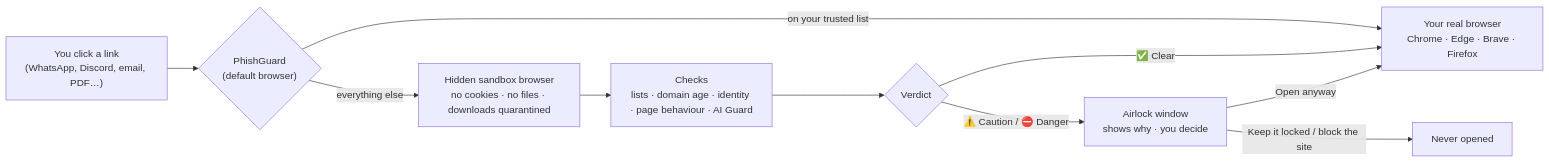
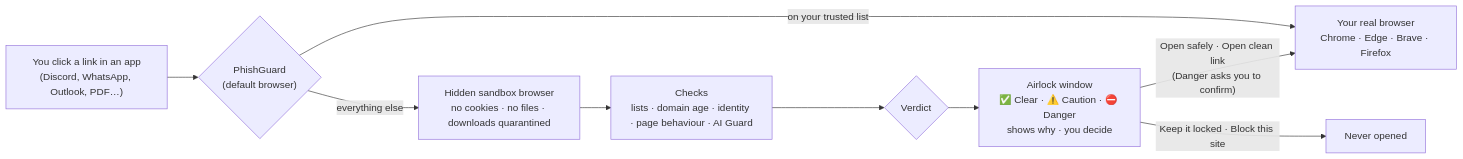
Before and after one commit to nikylogic/PhishGuard: the first of 4 diagrams in README.md, drawn with Mermaid. The commit also changed other lines of this file and 16 other files, not shown here.

````diff
--- a/README.md
+++ b/README.md
@@ -39,12 +39,11 @@
 ```mermaid
 flowchart LR
-    A["You click a link<br/>(WhatsApp, Discord, email, PDF…)"] --> B{"PhishGuard<br/>(default browser)"}
+    A["You click a link in an app<br/>(Discord, WhatsApp, Outlook, PDF…)"] --> B{"PhishGuard<br/>(default browser)"}
     B -->|"on your trusted list"| R["Your real browser<br/>Chrome · Edge · Brave · Firefox"]
     B -->|"everything else"| S["Hidden sandbox browser<br/>no cookies · no files · downloads quarantined"]
     S --> J["Checks<br/>lists · domain age · identity · page behaviour · AI Guard"]
     J --> V{"Verdict"}
-    V -->|"✅ Clear"| R
-    V -->|"⚠️ Caution / ⛔ Danger"| U["Airlock window<br/>shows why · you decide"]
-    U -->|"Open anyway"| R
-    U -->|"Keep it locked / block the site"| X["Never opened"]
+    V --> U["Airlock window<br/>✅ Clear · ⚠️ Caution · ⛔ Danger<br/>shows why · you decide"]
+    U -->|"Open safely · Open clean link<br/>(Danger asks you to confirm)"| R
+    U -->|"Keep it locked · Block this site"| X["Never opened"]
 ```
````
